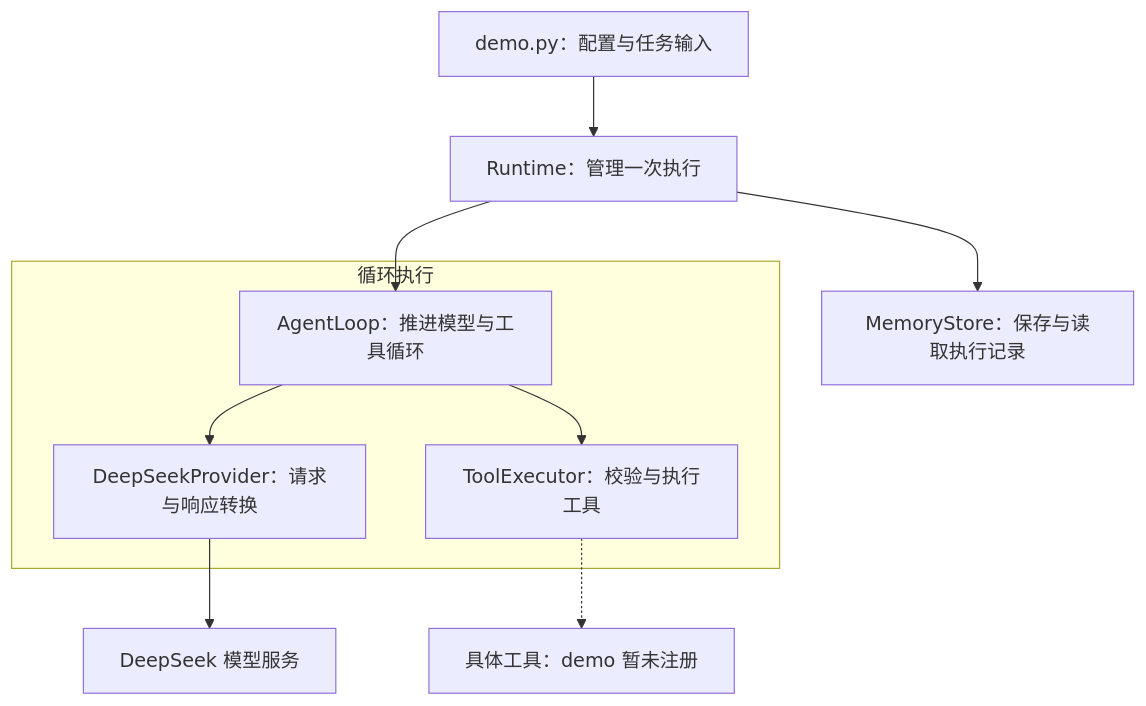
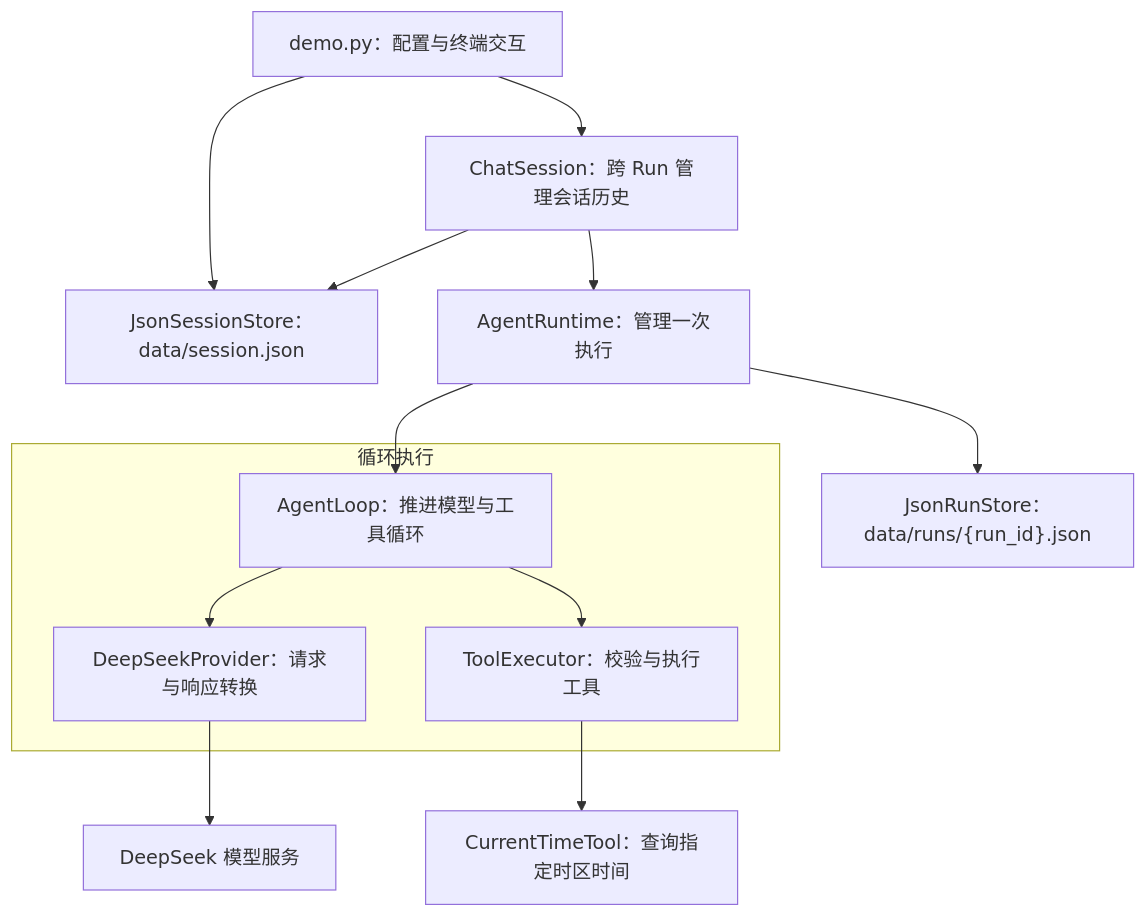
Before and after one commit to EugeneChanQAQ/li_agent: the diagram in README.md, drawn with Mermaid. The commit also changed other lines of this file, not shown here.

Commit message:
docs: 更新 README，反映会话与 Run 持久化进度

````diff
--- a/README.md
+++ b/README.md
@@ -22,15 +26,18 @@
 ```mermaid
 flowchart TD
-    Entry["demo.py：配置与任务输入"] --> Runtime["Runtime：管理一次执行"]
-    Runtime --> Store["MemoryStore：保存与读取执行记录"]
+    Entry["demo.py：配置与终端交互"] --> Session["ChatSession：跨 Run 管理会话历史"]
+    Entry --> SessionStore["JsonSessionStore：data/session.json"]
+    Session --> SessionStore
+    Session --> Runtime["AgentRuntime：管理一次执行"]
+    Runtime --> RunStore["JsonRunStore：data/runs/{run_id}.json"]
     subgraph Execution["循环执行"]
         Loop["AgentLoop：推进模型与工具循环"]
         Provider["DeepSeekProvider：请求与响应转换"]
         Executor["ToolExecutor：校验与执行工具"]
         Loop --> Provider
         Loop --> Executor
     end
     Runtime --> Loop
     Provider --> Model["DeepSeek 模型服务"]
-    Executor -.-> Tools["具体工具：demo 暂未注册"]
+    Executor --> TimeTool["CurrentTimeTool：查询指定时区时间"]
 ```
````
